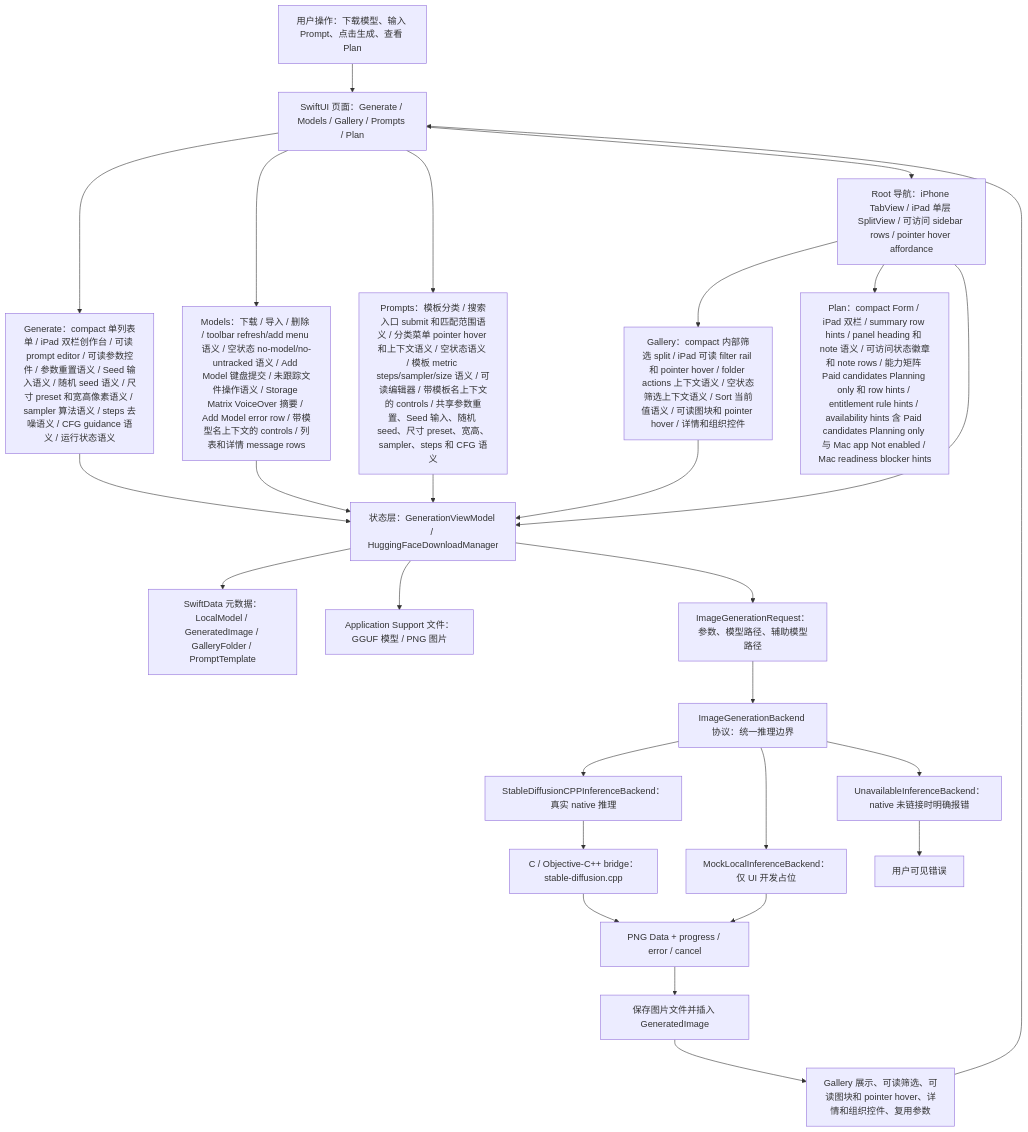
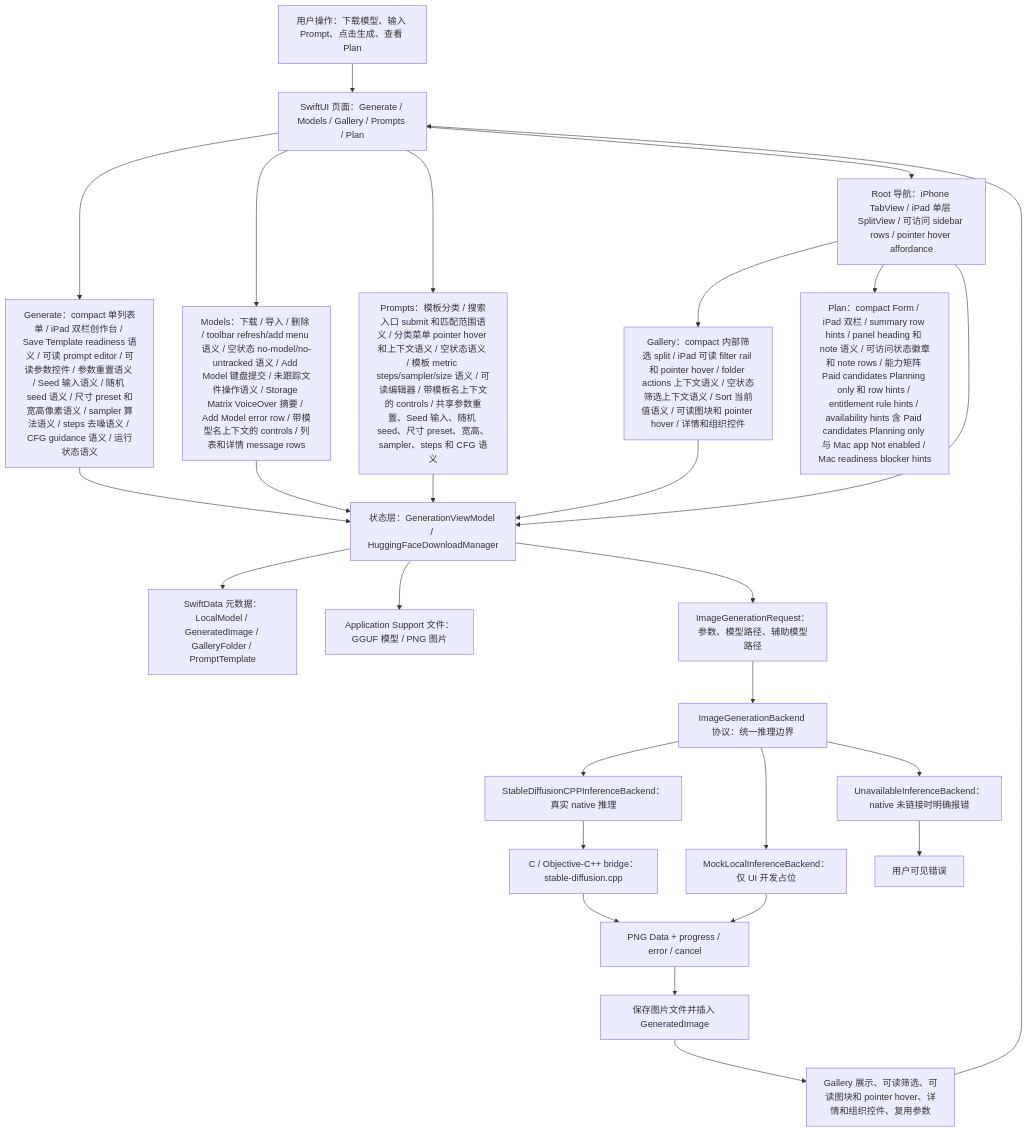
One commit to Altman-sam114/118 changed the first of 7 diagrams in md/flow/flowchart.md. Above: the diagram before and after it, drawn with Mermaid. The commit also changed 5 other files, not shown here.

First line of the commit message:
v1.61: Generate save template accessibility

````diff
--- a/md/flow/flowchart.md
+++ b/md/flow/flowchart.md
@@ -9,29 +9,29 @@
 ```mermaid
 flowchart TD
   U["用户操作：下载模型、输入 Prompt、点击生成、查看 Plan"] --> UI["SwiftUI 页面：Generate / Models / Gallery / Prompts / Plan"]
-  UI --> GENUI["Generate：compact 单列表单 / iPad 双栏创作台 / 可读 prompt editor / 可读参数控件 / 参数重置语义 / Seed 输入语义 / 随机 seed 语义 / 尺寸 preset 和宽高像素语义 / sampler 算法语义 / steps 去噪语义 / CFG guidance 语义 / 运行状态语义"]
+  UI --> GENUI["Generate：compact 单列表单 / iPad 双栏创作台 / Save Template readiness 语义 / 可读 prompt editor / 可读参数控件 / 参数重置语义 / Seed 输入语义 / 随机 seed 语义 / 尺寸 preset 和宽高像素语义 / sampler 算法语义 / steps 去噪语义 / CFG guidance 语义 / 运行状态语义"]
   UI --> MODELUI["Models：下载 / 导入 / 删除 / toolbar refresh/add menu 语义 / 空状态 no-model/no-untracked 语义 / Add Model 键盘提交 / 未跟踪文件操作语义 / Storage Matrix VoiceOver 摘要 / Add Model error row / 带模型名上下文的 controls / 列表和详情 message rows"]
   UI --> PROMPTUI["Prompts：模板分类 / 搜索入口 submit 和匹配范围语义 / 分类菜单 pointer hover 和上下文语义 / 空状态语义 / 模板 metric steps/sampler/size 语义 / 可读编辑器 / 带模板名上下文的 controls / 共享参数重置、Seed 输入、随机 seed、尺寸 preset、宽高、sampler、steps 和 CFG 语义"]
   UI --> NAV["Root 导航：iPhone TabView / iPad 单层 SplitView / 可访问 sidebar rows / pointer hover affordance"]
   NAV --> GALUI["Gallery：compact 内部筛选 split / iPad 可读 filter rail 和 pointer hover / folder actions 上下文语义 / 空状态筛选上下文语义 / Sort 当前值语义 / 可读图块和 pointer hover / 详情和组织控件"]
   NAV --> PLANUI["Plan：compact Form / iPad 双栏 / summary row hints / panel heading 和 note 语义 / 可访问状态徽章和 note rows / 能力矩阵 Paid candidates Planning only 和 row hints / entitlement rule hints / availability hints 含 Paid candidates Planning only 与 Mac app Not enabled / Mac readiness blocker hints"]
   NAV --> VM["状态层：GenerationViewModel / HuggingFaceDownloadManager"]
   GENUI --> VM
   MODELUI --> VM
   PROMPTUI --> VM
   GALUI --> VM
   VM --> SD["SwiftData 元数据：LocalModel / GeneratedImage / GalleryFolder / PromptTemplate"]
   VM --> FS["Application Support 文件：GGUF 模型 / PNG 图片"]
   VM --> REQ["ImageGenerationRequest：参数、模型路径、辅助模型路径"]
   REQ --> IFACE["ImageGenerationBackend 协议：统一推理边界"]
   IFACE --> NATIVE["StableDiffusionCPPInferenceBackend：真实 native 推理"]
   IFACE --> MOCK["MockLocalInferenceBackend：仅 UI 开发占位"]
   IFACE --> OFF["UnavailableInferenceBackend：native 未链接时明确报错"]
   NATIVE --> BRIDGE["C / Objective-C++ bridge：stable-diffusion.cpp"]
   BRIDGE --> PNG["PNG Data + progress / error / cancel"]
   MOCK --> PNG
   OFF --> ERR["用户可见错误"]
   PNG --> SAVE["保存图片文件并插入 GeneratedImage"]
   SAVE --> GALLERY["Gallery 展示、可读筛选、可读图块和 pointer hover、详情和组织控件、复用参数"]
   GALLERY --> UI
 ```
````
